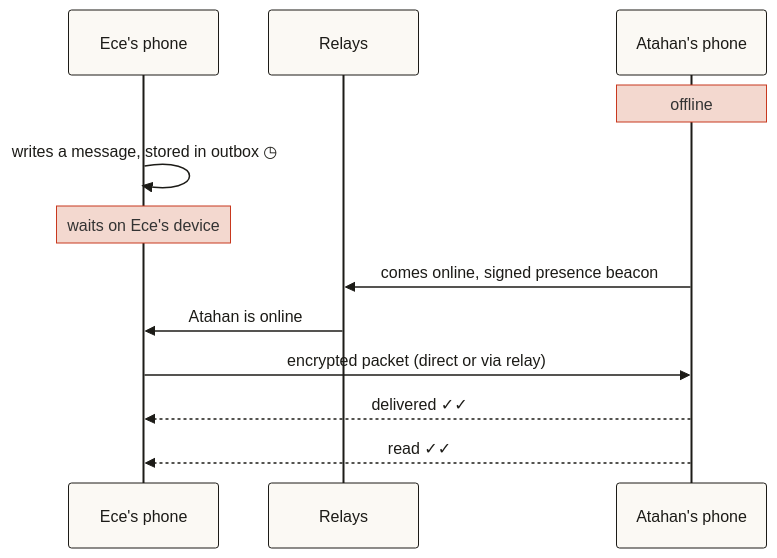
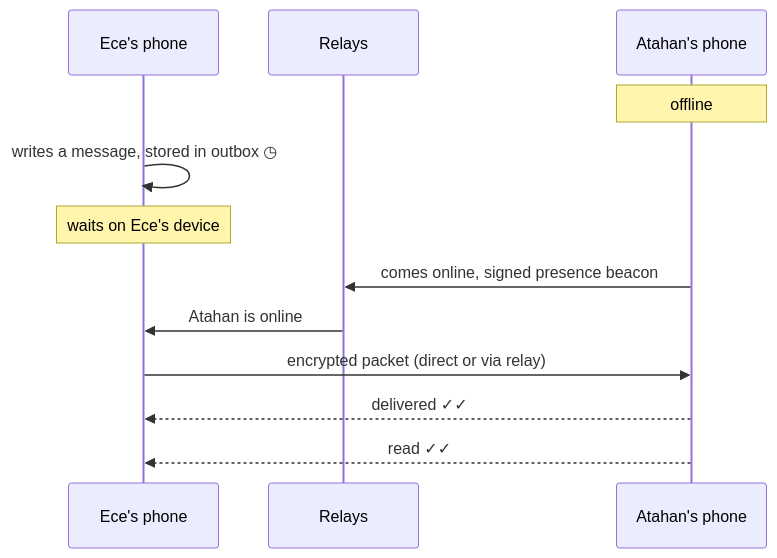
The second of 3 diagrams in README.md (erdinckaya97/ulak), drawn with Mermaid before and after one commit. The commit also changed other lines of this file, not shown here.

Commit message:
Let GitHub theme the README diagrams for light and dark mode

````diff
--- a/README.md
+++ b/README.md
@@ -121,15 +120,14 @@
 ```mermaid
-%%{init: {'theme':'base','themeVariables':{'primaryColor':'#fbf9f4','primaryTextColor':'#1c1b17','primaryBorderColor':'#1c1b17','lineColor':'#5d594f','actorBkg':'#fbf9f4','actorBorder':'#1c1b17','noteBkgColor':'#f3d8cf','noteBorderColor':'#c8381e'}}}%%
 sequenceDiagram
   participant E as Ece's phone
   participant R as Relays
   participant A as Atahan's phone
   Note over A: offline
   E->>E: writes a message, stored in outbox ◷
   Note over E: waits on Ece's device
   A->>R: comes online, signed presence beacon
   R->>E: Atahan is online
   E->>A: encrypted packet (direct or via relay)
   A-->>E: delivered ✓✓
   A-->>E: read ✓✓
 ```
````
